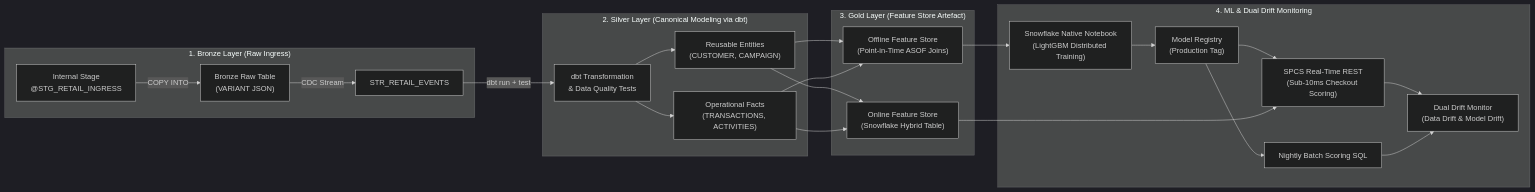
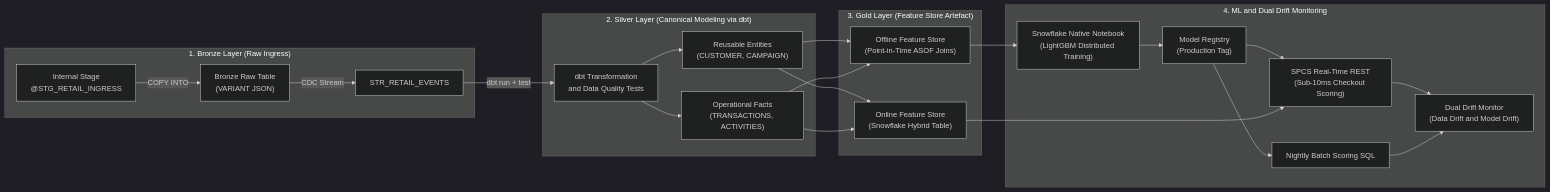
The first of 3 diagrams in snowflake_ml_architecture_design_document.md (Nitheesh-542072/retail-ml-project), drawn with Mermaid (dark theme) before and after one commit. The commit also changed other lines of this file, not shown here.

Commit message:
Fix Mermaid diagram parsing syntax for GitHub Markdown

````diff
--- a/snowflake_ml_architecture_design_document.md
+++ b/snowflake_ml_architecture_design_document.md
@@ -45,26 +45,30 @@
 ```mermaid
 flowchart LR
     subgraph S1 ["1. Bronze Layer (Raw Ingress)"]
         STG["Internal Stage<br>@STG_RETAIL_INGRESS"] -->|"COPY INTO"| BRZ["Bronze Raw Table<br>(VARIANT JSON)"]
         BRZ -->|"CDC Stream"| STR["STR_RETAIL_EVENTS"]
     end
 
     subgraph S2 ["2. Silver Layer (Canonical Modeling via dbt)"]
-        STR -->|"dbt run + test"| DBT["dbt Transformation<br>& Data Quality Tests"]
+        STR -->|"dbt run + test"| DBT["dbt Transformation<br>and Data Quality Tests"]
         DBT --> SLV_ENT["Reusable Entities<br>(CUSTOMER, CAMPAIGN)"]
         DBT --> SLV_FCT["Operational Facts<br>(TRANSACTIONS, ACTIVITIES)"]
     end
 
     subgraph S3 ["3. Gold Layer (Feature Store Artefact)"]
-        SLV_ENT & SLV_FCT --> FS_OFF["Offline Feature Store<br>(Point-in-Time ASOF Joins)"]
-        SLV_ENT & SLV_FCT --> FS_ON["Online Feature Store<br>(Snowflake Hybrid Table)"]
+        SLV_ENT --> FS_OFF["Offline Feature Store<br>(Point-in-Time ASOF Joins)"]
+        SLV_FCT --> FS_OFF
+        SLV_ENT --> FS_ON["Online Feature Store<br>(Snowflake Hybrid Table)"]
+        SLV_FCT --> FS_ON
     end
 
-    subgraph S4 ["4. ML & Dual Drift Monitoring"]
+    subgraph S4 ["4. ML and Dual Drift Monitoring"]
         FS_OFF --> NB["Snowflake Native Notebook<br>(LightGBM Distributed Training)"]
         NB --> REG["Model Registry<br>(Production Tag)"]
-        REG & FS_ON --> SPCS["SPCS Real-Time REST<br>(Sub-10ms Checkout Scoring)"]
+        REG --> SPCS["SPCS Real-Time REST<br>(Sub-10ms Checkout Scoring)"]
+        FS_ON --> SPCS
         REG --> BATCH["Nightly Batch Scoring SQL"]
-        SPCS & BATCH --> MON["Dual Drift Monitor<br>(Data Drift & Model Drift)"]
+        SPCS --> MON["Dual Drift Monitor<br>(Data Drift and Model Drift)"]
+        BATCH --> MON
     end
 ```
````
